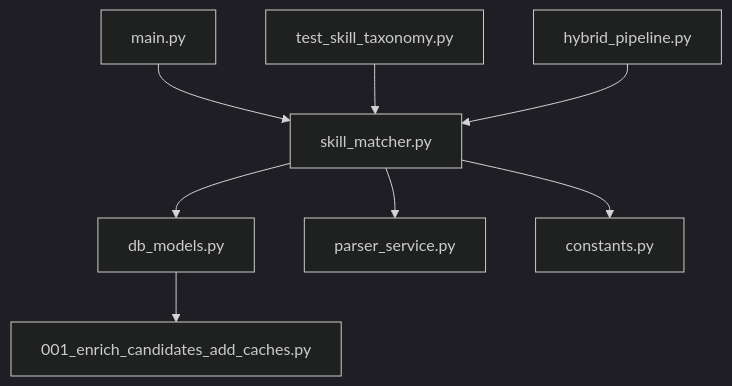
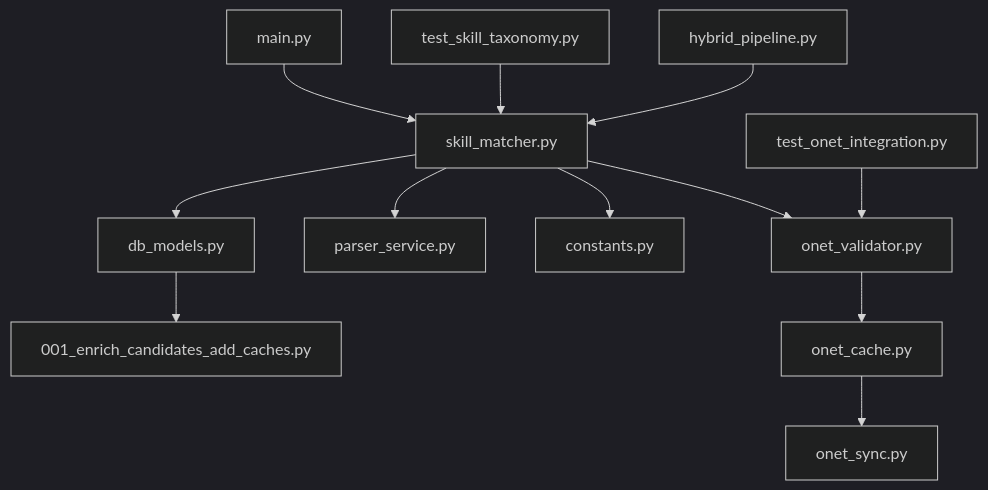
Before and after one commit to Revanththetalogics/aireume: the sixth of 6 diagrams in .qoder/repowiki/en/content/Advanced Topics/Skills Registry Extension.md, drawn with Mermaid (dark theme). The commit also changed other lines of this file and 4 other files, not shown here.

````diff
--- a/.qoder/repowiki/en/content/Advanced Topics/Skills Registry Extension.md
+++ b/.qoder/repowiki/en/content/Advanced Topics/Skills Registry Extension.md
@@ -492,10 +630,14 @@
 ```mermaid
 graph TB
 SM["skill_matcher.py"] --> DBM["db_models.py"]
 SM --> PS["parser_service.py"]
 SM --> CONST["constants.py"]
+SM --> OV["onet_validator.py"]
 MAIN["main.py"] --> SM
 DBM --> MIG["001_enrich_candidates_add_caches.py"]
 TST["test_skill_taxonomy.py"] --> SM
+OTST["test_onet_integration.py"] --> OV
 HP["hybrid_pipeline.py"] --> SM
+OC["onet_cache.py"] --> OS["onet_sync.py"]
+OV --> OC
 ```
````
